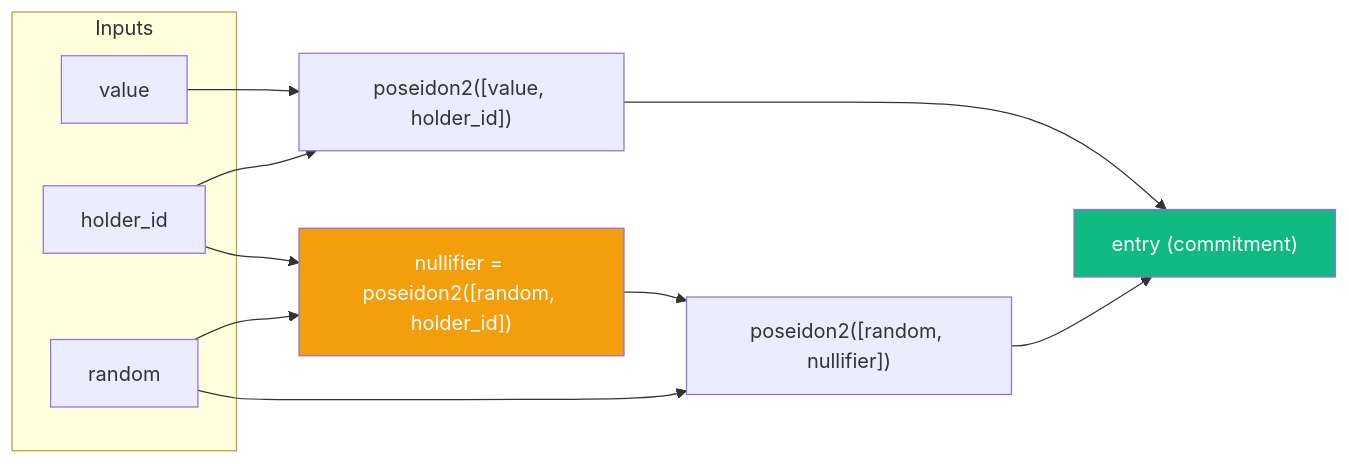
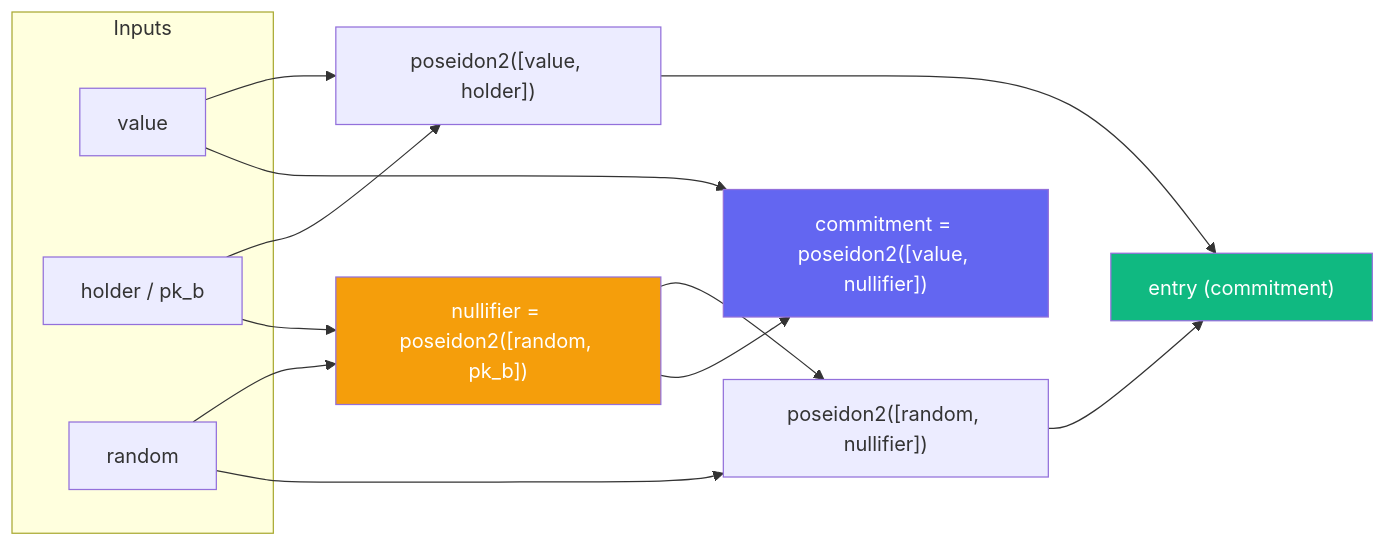
The first of 2 diagrams in README.md (ArturVargas/zkVVM), drawn with Mermaid before and after one commit. The commit also changed other lines of this file and 1 other file, not shown here.

````diff
--- a/README.md
+++ b/README.md
@@ -53,16 +69,18 @@
 ```mermaid
 graph LR
     subgraph Inputs
         V[value]
-        H[holder_id]
+        H[holder / pk_b]
         R[random]
     end
 
-    V & H --> P1["poseidon2([value, holder_id])"]
-    R & H --> N["nullifier = poseidon2([random, holder_id])"]
+    V & H --> P1["poseidon2([value, holder])"]
+    R & H --> N["nullifier = poseidon2([random, pk_b])"]
     R & N --> P2["poseidon2([random, nullifier])"]
     P1 & P2 --> Entry["entry (commitment)"]
+    V & N --> C["commitment = poseidon2([value, nullifier])"]
 
     style Entry fill:#10b981,color:#fff
     style N fill:#f59e0b,color:#fff
+    style C fill:#6366f1,color:#fff
 ```
````
